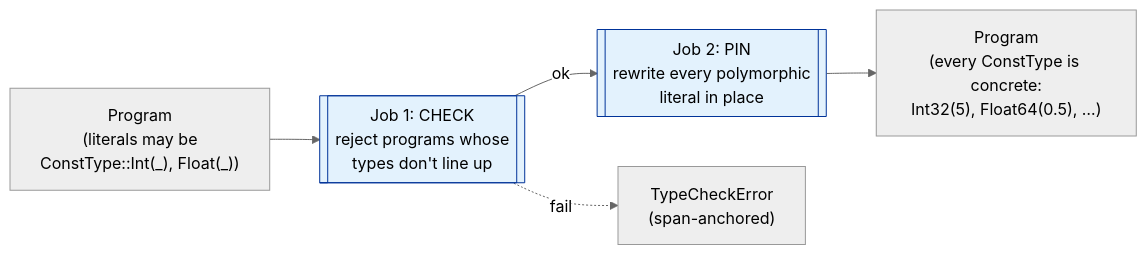
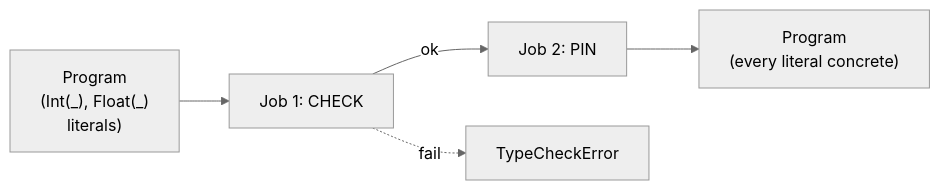
The diagram in crates/flowlog-build/src/typechecker/README.md (flowlog-rs/flowlog), drawn with Mermaid (neutral theme) before and after one commit. The commit also changed other lines of this file and 12 other files, not shown here.

````diff
--- a/crates/flowlog-build/src/typechecker/README.md
+++ b/crates/flowlog-build/src/typechecker/README.md
@@ -14,11 +11,7 @@
 ```mermaid
 flowchart LR
-    AST["Program<br/>(literals may be<br/>ConstType::Int(_), Float(_))"] --> CHK
-    CHK[["Job 1: CHECK<br/>reject programs whose<br/>types don't line up"]] -->|ok| PIN
-    PIN[["Job 2: PIN<br/>rewrite every polymorphic<br/>literal in place"]]
-    PIN --> OUT["Program<br/>(every ConstType is concrete:<br/>Int32(5), Float64(0.5), …)"]
-    CHK -.fail.-> ERR["TypeCheckError<br/>(span-anchored)"]
-
-    classDef job fill:#e3f2fd,stroke:#039
-    class CHK,PIN job
+    in["Program<br/>(Int(_), Float(_)<br/>literals)"] --> chk[Job 1: CHECK]
+    chk -->|ok| pin[Job 2: PIN]
+    pin --> out["Program<br/>(every literal concrete)"]
+    chk -.fail.-> err[TypeCheckError]
 ```
````
